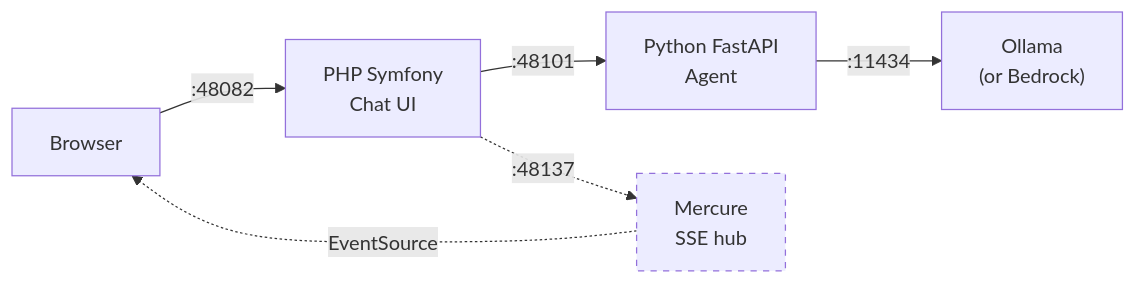
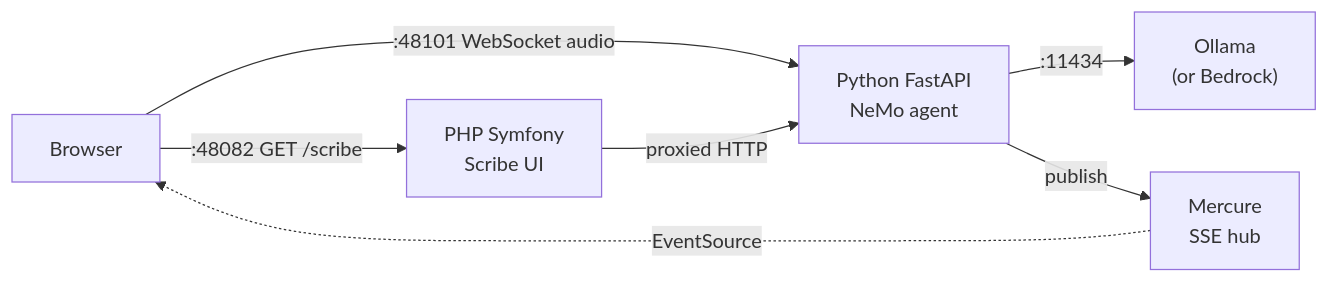
Before and after one commit to blundergoat/ambient-scribe: the diagram in docs/local-development.md, drawn with Mermaid. The commit also changed other lines of this file and 54 other files, not shown here.

````diff
--- a/docs/local-development.md
+++ b/docs/local-development.md
@@ -57,10 +53,9 @@
 ```mermaid
 graph LR
-    Browser -->|":48082"| PHP["PHP Symfony<br/>Chat UI"]
-    PHP -->|":48101"| Agent["Python FastAPI<br/>Agent"]
+    Browser -->|":48082 GET /scribe"| PHP["PHP Symfony<br/>Scribe UI"]
+    Browser -->|":48101 WebSocket audio"| Agent["Python FastAPI<br/>NeMo agent"]
+    PHP -->|"proxied HTTP"| Agent
     Agent -->|":11434"| LLM["Ollama<br/>(or Bedrock)"]
-    PHP -.->|":48137"| Mercure["Mercure<br/>SSE hub"]
+    Agent -->|"publish"| Mercure["Mercure<br/>SSE hub"]
     Mercure -.->|"EventSource"| Browser
-
-    style Mercure stroke-dasharray: 5 5
 ```
````
